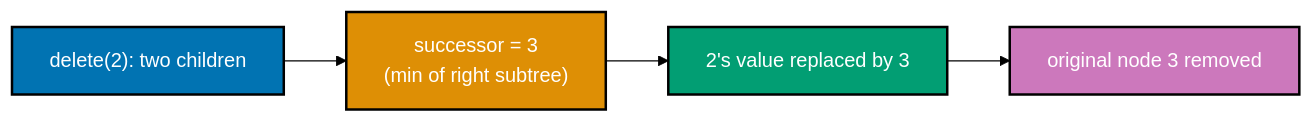
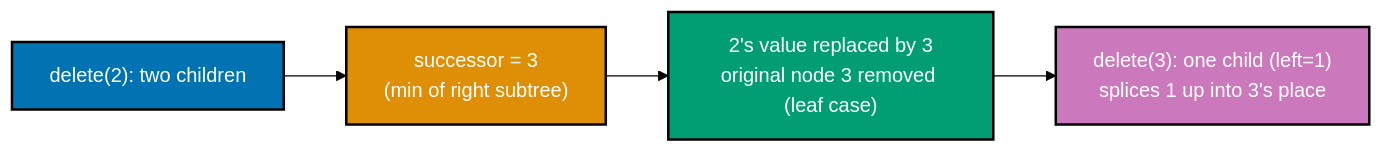
The third of 15 diagrams in apps/ayokoding-www/content/en/learn/fundamentally-strong/software-engineer/data-structures-and-algorithms-essentials/learning/advanced.md (wahidyankf/open-sharia-fintech), drawn with Mermaid (forest theme) before and after one commit. The commit also changed other lines of this file and 8 other files, not shown here.

````diff
--- a/apps/ayokoding-www/content/en/learn/fundamentally-strong/software-engineer/data-structures-and-algorithms-essentials/learning/advanced.md
+++ b/apps/ayokoding-www/content/en/learn/fundamentally-strong/software-engineer/data-structures-and-algorithms-essentials/learning/advanced.md
@@ -348,14 +384,14 @@
 ```mermaid
 %% Color Palette: Blue #0173B2, Orange #DE8F05, Teal #029E73, Purple #CC78BC
 graph LR
     A["delete#40;2#41;: two children"]:::blue
     B["successor = 3<br/>#40;min of right subtree#41;"]:::orange
-    C["2's value replaced by 3"]:::teal
-    D["original node 3 removed"]:::purple
+    C["2's value replaced by 3<br/>original node 3 removed #40;leaf case#41;"]:::teal
+    D["delete#40;3#41;: one child #40;left=1#41;<br/>splices 1 up into 3's place"]:::purple
     A --> B --> C --> D
 
     classDef blue fill:#0173B2,stroke:#000000,color:#FFFFFF,stroke-width:2px
     classDef orange fill:#DE8F05,stroke:#000000,color:#FFFFFF,stroke-width:2px
     classDef teal fill:#029E73,stroke:#000000,color:#FFFFFF,stroke-width:2px
     classDef purple fill:#CC78BC,stroke:#000000,color:#FFFFFF,stroke-width:2px
 ```
````
